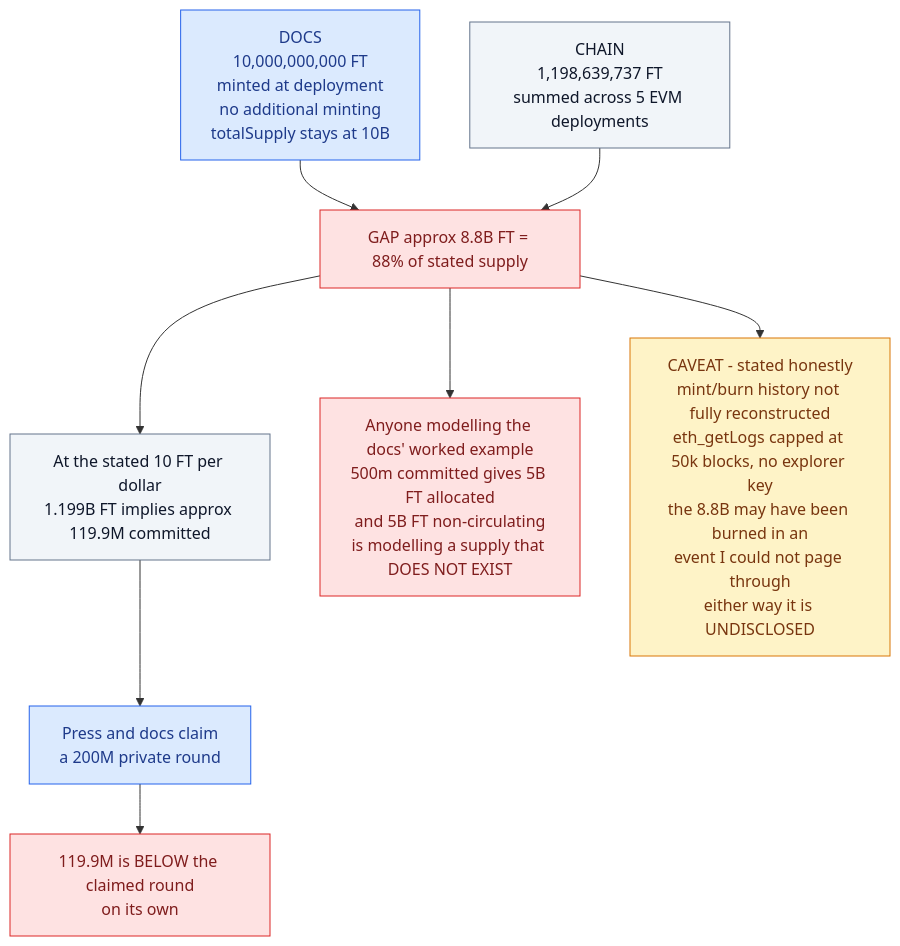
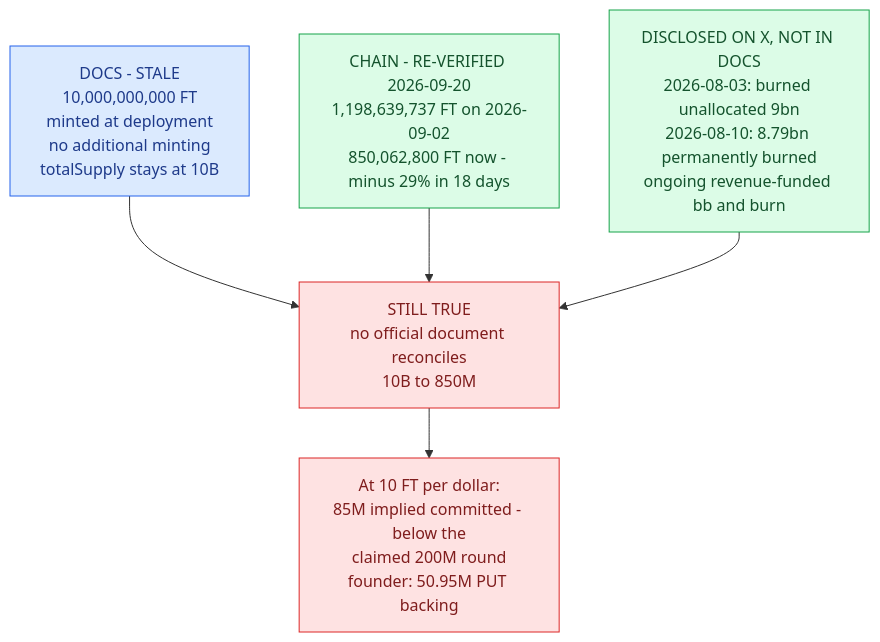
Before and after one commit to m0n3r0/flying-tulip-audit: the ninth of 10 diagrams in findings/03-economics-high-yield.md, drawn with Mermaid. The commit also changed other lines of this file and 5 other files, not shown here.

````diff
--- a/findings/03-economics-high-yield.md
+++ b/findings/03-economics-high-yield.md
@@ -504,26 +557,23 @@
 ```mermaid
 flowchart TB
-    DOC["DOCS<br/>10,000,000,000 FT<br/>minted at deployment<br/>no additional minting<br/>totalSupply stays at 10B"]
+    DOC["DOCS - STALE<br/>10,000,000,000 FT<br/>minted at deployment<br/>no additional minting<br/>totalSupply stays at 10B"]
 
-    CHAIN["CHAIN<br/>1,198,639,737 FT<br/>summed across 5 EVM deployments"]
+    CHAIN["CHAIN - RE-VERIFIED 2026-09-20<br/>1,198,639,737 FT on 2026-09-02<br/>850,062,800 FT now - minus 29% in 18 days"]
 
-    DOC --> GAP["GAP approx 8.8B FT = 88% of stated supply"]
+    X["DISCLOSED ON X, NOT IN DOCS<br/>2026-08-03: burned unallocated 9bn<br/>2026-08-10: 8.79bn permanently burned<br/>ongoing revenue-funded bb and burn"]
+
+    DOC --> GAP["STILL TRUE<br/>no official document reconciles<br/>10B to 850M"]
     CHAIN --> GAP
+    X --> GAP
 
-    GAP --> RATE["At the stated 10 FT per dollar<br/>1.199B FT implies approx 119.9M committed"]
-    RATE --> CLAIM["Press and docs claim<br/>a 200M private round"]
-    CLAIM --> DISC["119.9M is BELOW the claimed round<br/>on its own"]
-
-    GAP --> MODEL["Anyone modelling the docs' worked example<br/>500m committed gives 5B FT allocated<br/>and 5B FT non-circulating<br/>is modelling a supply that DOES NOT EXIST"]
-
-    GAP --> CAV["CAVEAT - stated honestly<br/>mint/burn history not fully reconstructed<br/>eth_getLogs capped at 50k blocks, no explorer key<br/>the 8.8B may have been burned in an<br/>event I could not page through<br/>either way it is UNDISCLOSED"]
+    GAP --> RATE["At 10 FT per dollar:<br/>85M implied committed - below the<br/>claimed 200M round<br/>founder: 50.95M PUT backing"]
 
     classDef claim fill:#dbeafe,stroke:#2563eb,color:#1e3a8a
     classDef warn fill:#fef3c7,stroke:#d97706,color:#78350f
     classDef bad fill:#fee2e2,stroke:#dc2626,color:#7f1d1d
+    classDef good fill:#dcfce7,stroke:#16a34a,color:#14532d
     classDef neutral fill:#f1f5f9,stroke:#64748b,color:#0f172a
-    class DOC,CLAIM claim
-    class CHAIN,RATE neutral
-    class GAP,DISC,MODEL bad
-    class CAV warn
+    class DOC claim
+    class CHAIN,X good
+    class GAP,RATE bad
 ```
````
